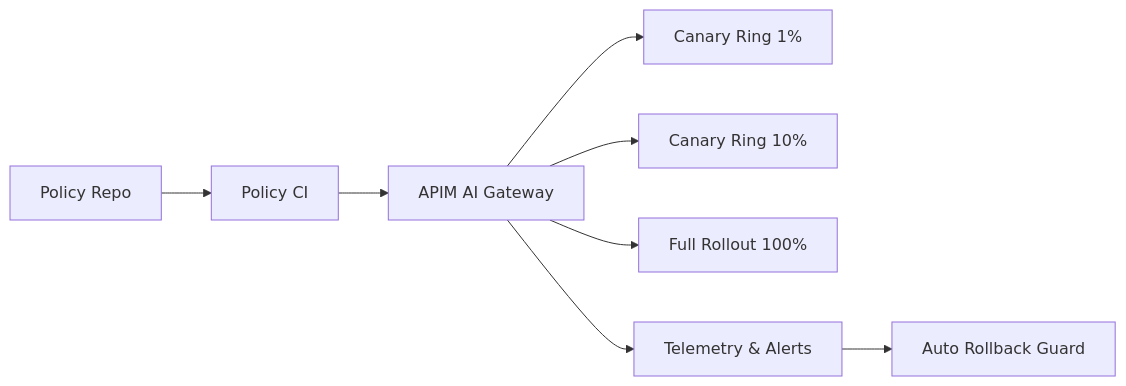
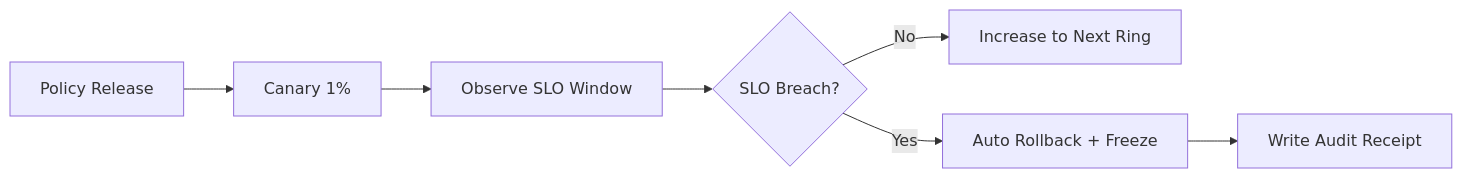
One commit to turbo998/ai-infra-lab changed the diagram in workshops/azure-agent-infra/agent-policy-canary-rollout-selection-faq.en.md. Above: the diagram before and after it, drawn with Mermaid. The commit also changed other lines of this file and 40 other files, not shown here.

````diff
--- a/workshops/azure-agent-infra/agent-policy-canary-rollout-selection-faq.en.md
+++ b/workshops/azure-agent-infra/agent-policy-canary-rollout-selection-faq.en.md
@@ -24,10 +24,9 @@
 ```mermaid
 flowchart LR
-  PolicyRepo[Policy Repo] --> CI[Policy CI]
-  CI --> GW[APIM AI Gateway]
-  GW --> Ring0[Canary Ring 1%]
-  GW --> Ring1[Canary Ring 10%]
-  GW --> Ring2[Full Rollout 100%]
-  GW --> Obs[Telemetry & Alerts]
-  Obs --> AutoRB[Auto Rollback Guard]
+  PR[Policy Release] --> Ring1[Canary 1%]
+  Ring1 --> Obs[Observe SLO Window]
+  Obs --> Judge{SLO Breach?}
+  Judge -->|No| RingN[Increase to Next Ring]
+  Judge -->|Yes| Rollback[Auto Rollback + Freeze]
+  Rollback --> Audit[Write Audit Receipt]
 ```
````
